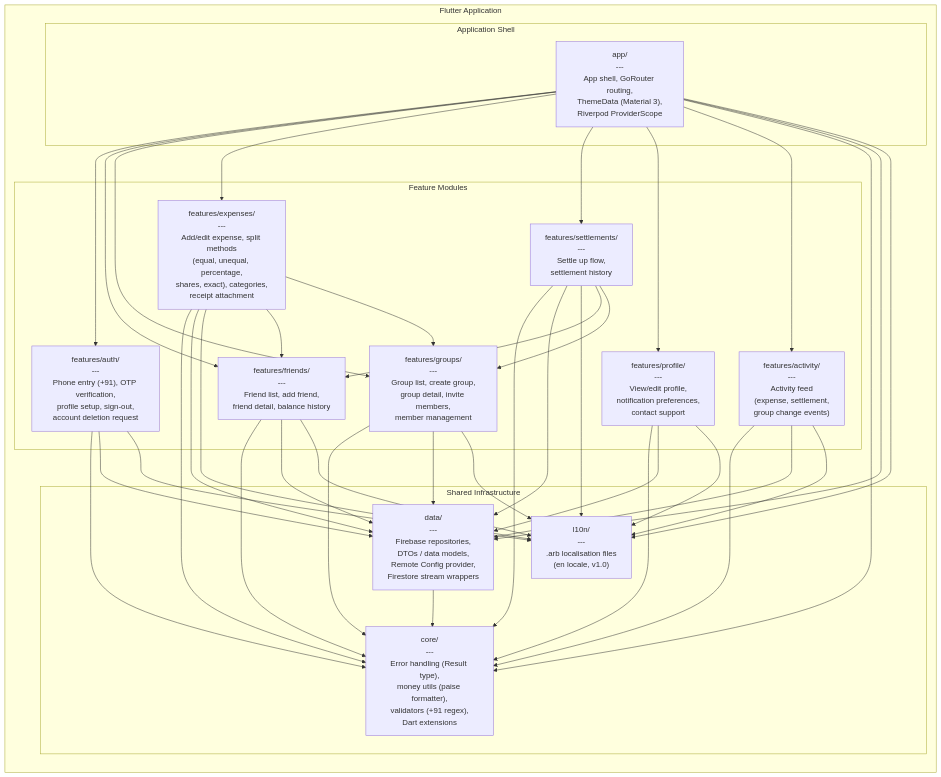
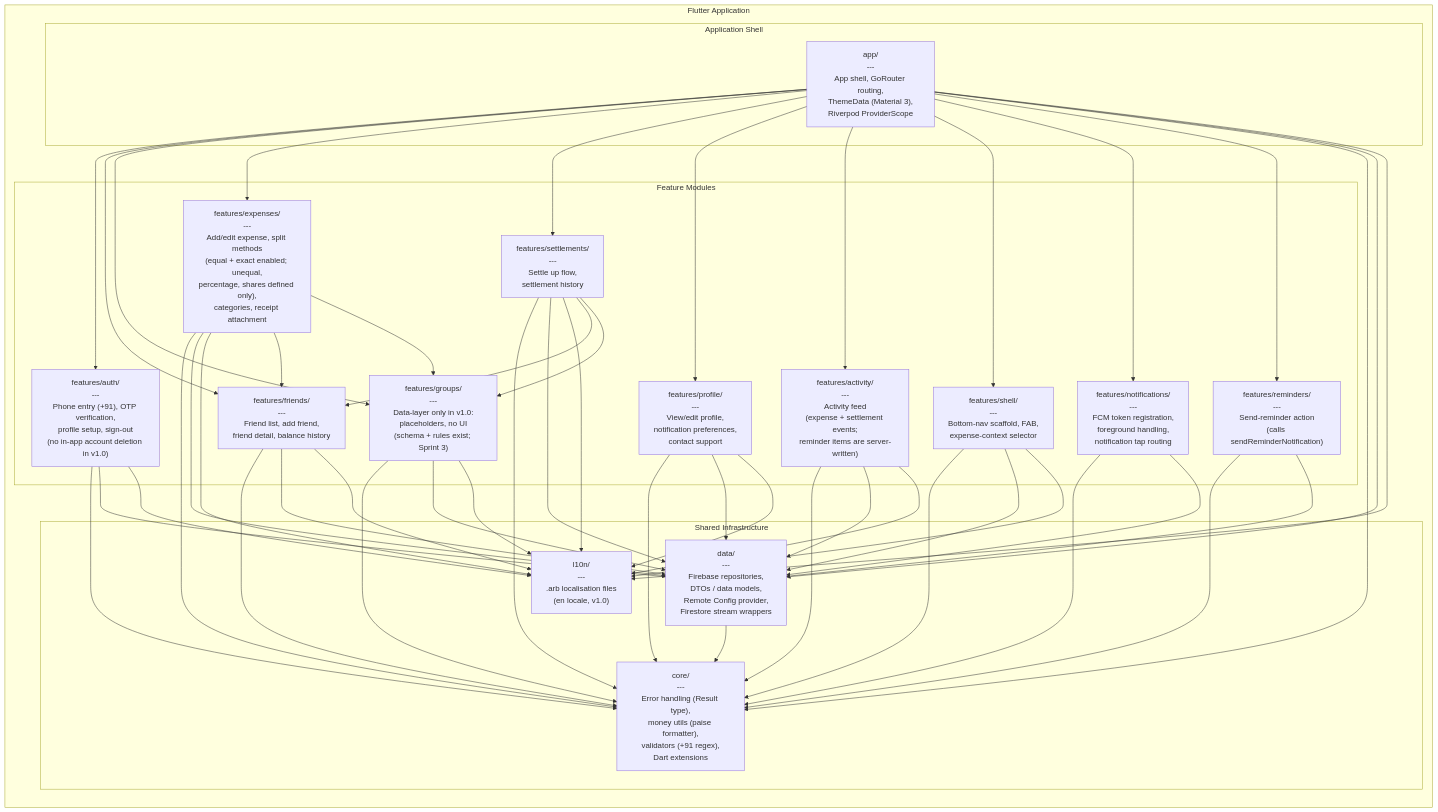
The first of 2 diagrams in docs/design/03-architecture/c4-component.md (avtansh-code/OneByTwo), drawn with Mermaid before and after one commit. The commit also changed other lines of this file and 99 other files, not shown here.

```diff
--- a/docs/design/03-architecture/c4-component.md
+++ b/docs/design/03-architecture/c4-component.md
@@ -32,13 +32,16 @@
         end
 
         subgraph "Feature Modules"
-            AUTH["features/auth/<br/>---<br/>Phone entry (+91), OTP verification,<br/>profile setup, sign-out,<br/>account deletion request"]
+            AUTH["features/auth/<br/>---<br/>Phone entry (+91), OTP verification,<br/>profile setup, sign-out<br/>(no in-app account deletion in v1.0)"]
             FRIENDS["features/friends/<br/>---<br/>Friend list, add friend,<br/>friend detail, balance history"]
-            GROUPS["features/groups/<br/>---<br/>Group list, create group,<br/>group detail, invite members,<br/>member management"]
-            EXPENSES["features/expenses/<br/>---<br/>Add/edit expense, split methods<br/>(equal, unequal, percentage,<br/>shares, exact), categories,<br/>receipt attachment"]
+            GROUPS["features/groups/<br/>---<br/>Data-layer only in v1.0:<br/>placeholders, no UI<br/>(schema + rules exist; Sprint 3)"]
+            EXPENSES["features/expenses/<br/>---<br/>Add/edit expense, split methods<br/>(equal + exact enabled; unequal,<br/>percentage, shares defined only),<br/>categories, receipt attachment"]
             SETTLEMENTS["features/settlements/<br/>---<br/>Settle up flow,<br/>settlement history"]
             PROFILE["features/profile/<br/>---<br/>View/edit profile,<br/>notification preferences,<br/>contact support"]
-            ACTIVITY["features/activity/<br/>---<br/>Activity feed<br/>(expense, settlement,<br/>group change events)"]
+            ACTIVITY["features/activity/<br/>---<br/>Activity feed<br/>(expense + settlement events;<br/>reminder items are server-written)"]
+            SHELL["features/shell/<br/>---<br/>Bottom-nav scaffold, FAB,<br/>expense-context selector"]
+            NOTIFS["features/notifications/<br/>---<br/>FCM token registration,<br/>foreground handling,<br/>notification tap routing"]
+            REMINDERS["features/reminders/<br/>---<br/>Send-reminder action<br/>(calls sendReminderNotification)"]
         end
 
         subgraph "Shared Infrastructure"
@@ -56,6 +59,9 @@
     APP --> SETTLEMENTS
     APP --> PROFILE
     APP --> ACTIVITY
+    APP --> SHELL
+    APP --> NOTIFS
+    APP --> REMINDERS
     APP --> CORE
     APP --> DATA
     APP --> L10N
@@ -89,6 +95,16 @@
     ACTIVITY --> DATA
     ACTIVITY --> L10N
 
+    SHELL --> CORE
+    SHELL --> DATA
+    SHELL --> L10N
+
+    NOTIFS --> CORE
+    NOTIFS --> DATA
+
+    REMINDERS --> CORE
+    REMINDERS --> DATA
+
     %% Cross-feature dependencies
     EXPENSES --> FRIENDS
     EXPENSES --> GROUPS
```
